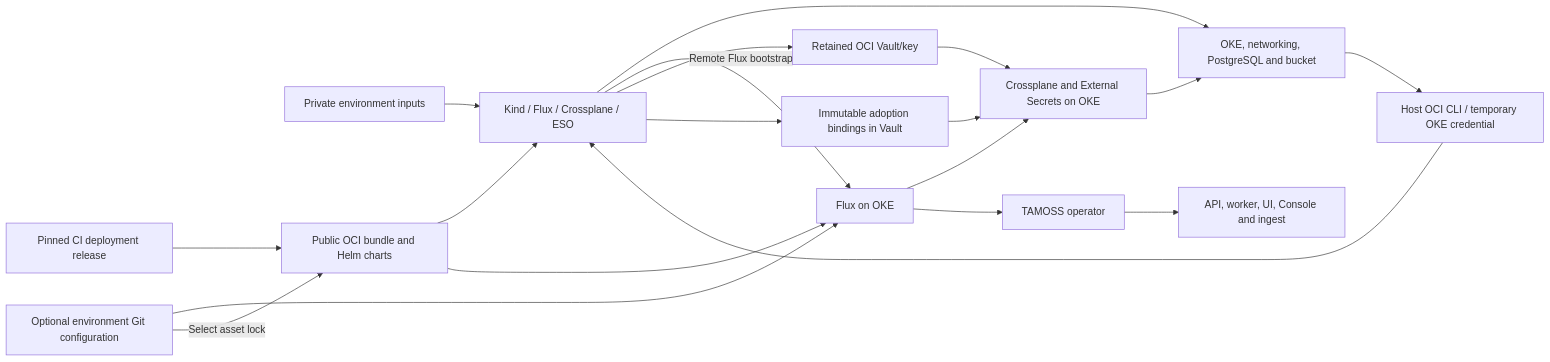
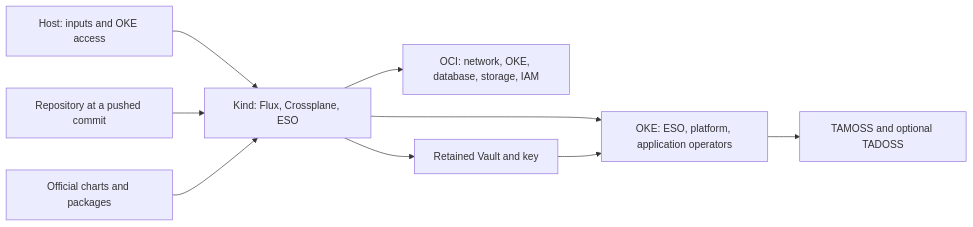
Before and after one commit to livewyer-ops/tamoss-cp-oci: the diagram in docs/architecture.md, drawn with Mermaid. The commit also changed other lines of this file and 176 other files, not shown here.

First line of the commit message:
feat!: deploy from Git with Kind retaining ownership

````diff
--- a/docs/architecture.md
+++ b/docs/architecture.md
@@ -58,22 +11,11 @@
 ```mermaid
 flowchart LR
-    Inputs[Private environment inputs] --> Kind[Kind / Flux / Crossplane / ESO]
-    Kind --> OCI[OKE, networking, PostgreSQL and bucket]
-    Host[Host OCI CLI / temporary OKE credential] --> Kind
-    Kind -->|Remote Flux bootstrap| Flux
-    OCI --> Host
-    Kind --> Vault[Retained OCI Vault/key]
-    Git[Optional environment Git configuration]
-    Kind --> Bindings[Immutable adoption bindings in Vault]
-    Git --> Flux[Flux on OKE]
-    Checkout[Pinned CI deployment release] --> Store[Public OCI bundle and Helm charts]
-    Store --> Kind
-    Store --> Flux
-    Git -->|Select asset lock| Store
-    Flux --> Runtime[Crossplane and External Secrets on OKE]
-    Runtime --> OCI
-    Vault --> Runtime
-    Bindings --> Runtime
-    Flux --> Operator[TAMOSS operator]
-    Operator --> App[API, worker, UI, Console and ingest]
+    Host[Host: inputs and OKE access] --> Kind[Kind: Flux, Crossplane, ESO]
+    Git[Repository at a pushed commit] --> Kind
+    Upstream[Official charts and packages] --> Kind
+    Kind --> OCI[OCI: network, OKE, database, storage, IAM]
+    Kind --> OKE[OKE: ESO, platform, application operators]
+    Kind --> Vault[Retained Vault and key]
+    Vault --> OKE
+    OKE --> App[TAMOSS and optional TADOSS]
 ```
````
